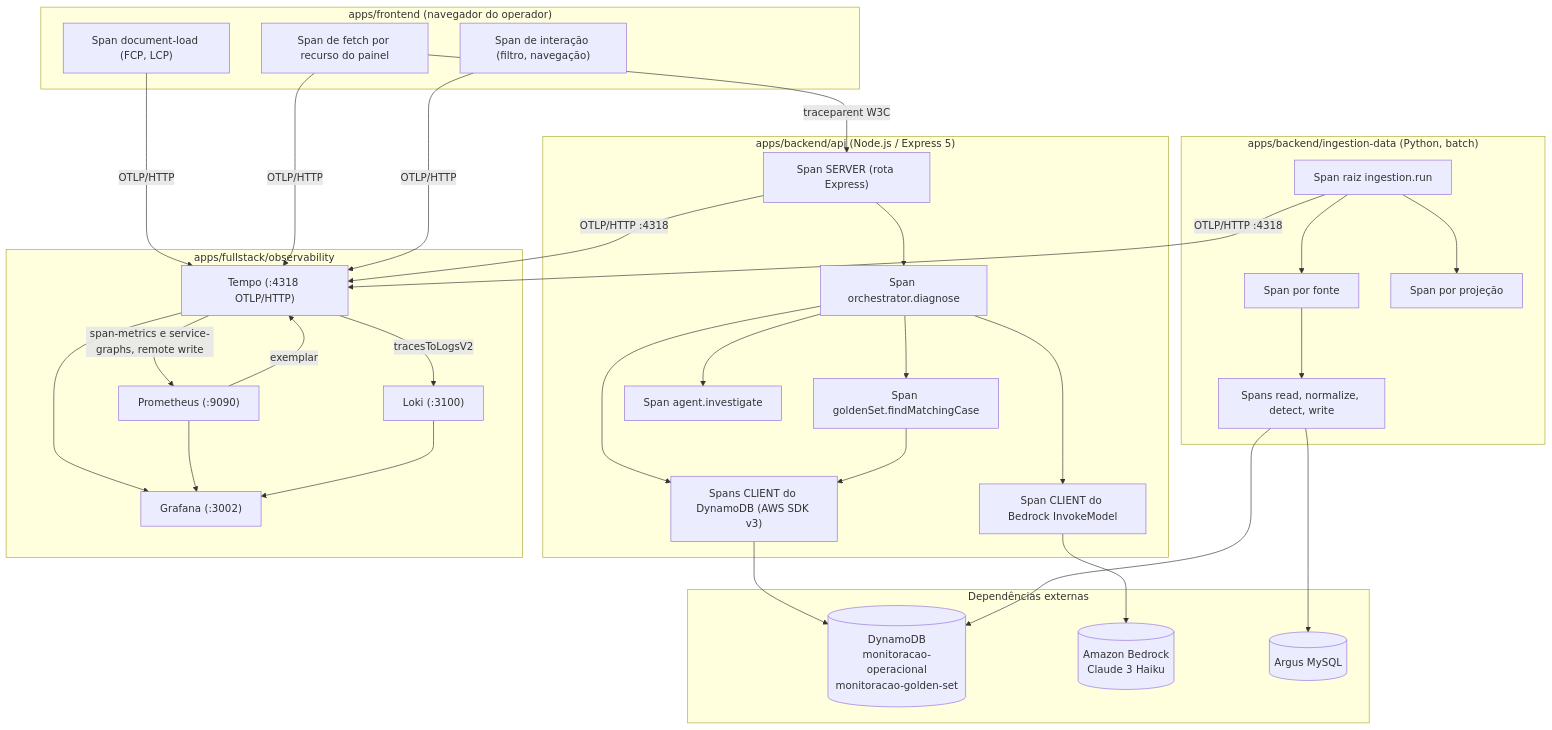
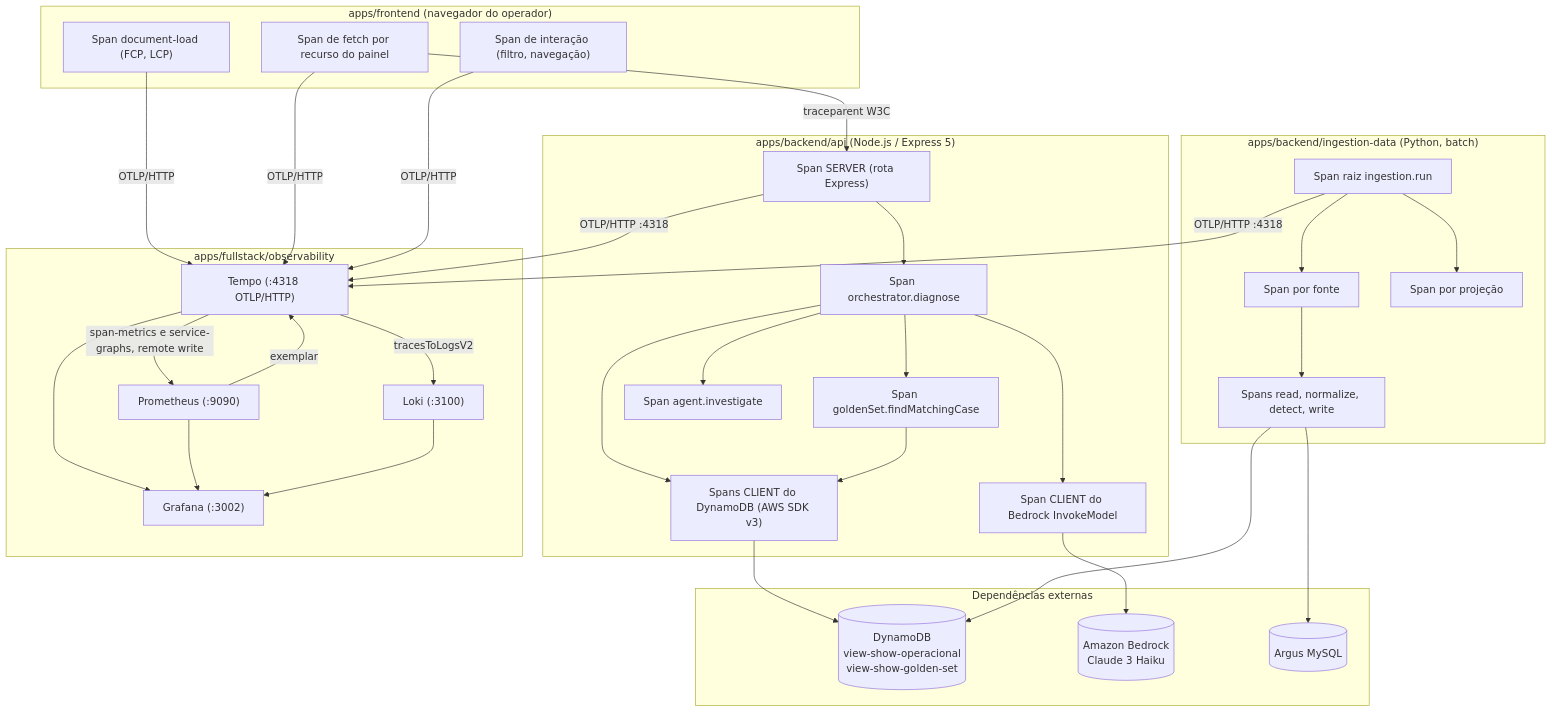
One commit to guedesrayssa/viewshow-ai-observability changed the diagram in apps/fullstack/observability/documentation/mapeamento-traces-observabilidade.md. Above: the diagram before and after it, drawn with Mermaid. The commit also changed other lines of this file and 57 other files, not shown here.

````diff
--- a/apps/fullstack/observability/documentation/mapeamento-traces-observabilidade.md
+++ b/apps/fullstack/observability/documentation/mapeamento-traces-observabilidade.md
@@ -122,66 +122,66 @@
 ```mermaid
 flowchart TD
     subgraph FE["apps/frontend (navegador do operador)"]
         FE_DOC["Span document-load (FCP, LCP)"]
         FE_FETCH["Span de fetch por recurso do painel"]
         FE_INT["Span de interação (filtro, navegação)"]
     end
 
     subgraph API["apps/backend/api (Node.js / Express 5)"]
         API_SRV["Span SERVER (rota Express)"]
         API_ORCH["Span orchestrator.diagnose"]
         API_GS["Span goldenSet.findMatchingCase"]
         API_AGENT["Span agent.investigate"]
         API_DDB["Spans CLIENT do DynamoDB (AWS SDK v3)"]
         API_BR["Span CLIENT do Bedrock InvokeModel"]
     end
 
     subgraph ING["apps/backend/ingestion-data (Python, batch)"]
         ING_RUN["Span raiz ingestion.run"]
         ING_SRC["Span por fonte"]
         ING_STG["Spans read, normalize, detect, write"]
         ING_PRJ["Span por projeção"]
     end
 
     subgraph EXT["Dependências externas"]
-        DDB[("DynamoDB<br/>monitoracao-operacional<br/>monitoracao-golden-set")]
+        DDB[("DynamoDB<br/>view-show-operacional<br/>view-show-golden-set")]
         BR[("Amazon Bedrock<br/>Claude 3 Haiku")]
         MYSQL[("Argus MySQL")]
     end
 
     subgraph OBS["apps/fullstack/observability"]
         TEMPO["Tempo (:4318 OTLP/HTTP)"]
         PROM["Prometheus (:9090)"]
         LOKI["Loki (:3100)"]
         GRAF["Grafana (:3002)"]
     end
 
     FE_FETCH -->|traceparent W3C| API_SRV
     API_SRV --> API_ORCH
     API_ORCH --> API_GS
     API_ORCH --> API_AGENT
     API_ORCH --> API_DDB
     API_ORCH --> API_BR
     API_GS --> API_DDB
     API_DDB --> DDB
     API_BR --> BR
 
     ING_RUN --> ING_SRC
     ING_SRC --> ING_STG
     ING_RUN --> ING_PRJ
     ING_STG --> MYSQL
     ING_STG --> DDB
 
     FE_DOC -->|OTLP/HTTP| TEMPO
     FE_FETCH -->|OTLP/HTTP| TEMPO
     FE_INT -->|OTLP/HTTP| TEMPO
     API_SRV -->|OTLP/HTTP :4318| TEMPO
     ING_RUN -->|OTLP/HTTP :4318| TEMPO
 
     TEMPO -->|span-metrics e service-graphs, remote write| PROM
     TEMPO -->|tracesToLogsV2| LOKI
     PROM -->|exemplar| TEMPO
     TEMPO --> GRAF
     PROM --> GRAF
     LOKI --> GRAF
 ```
````
